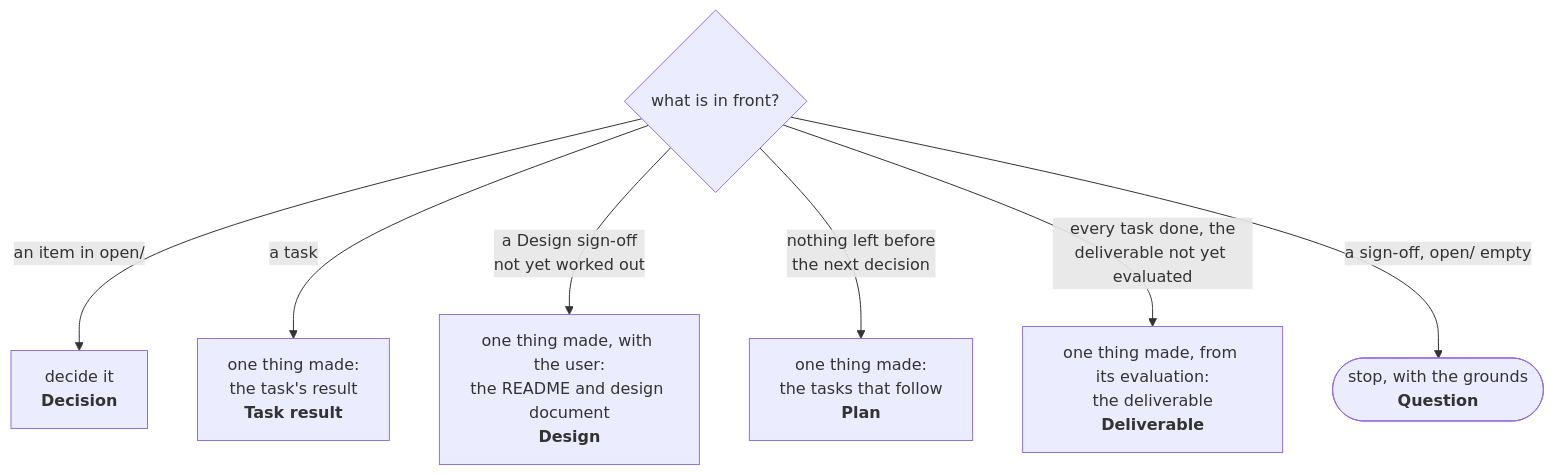
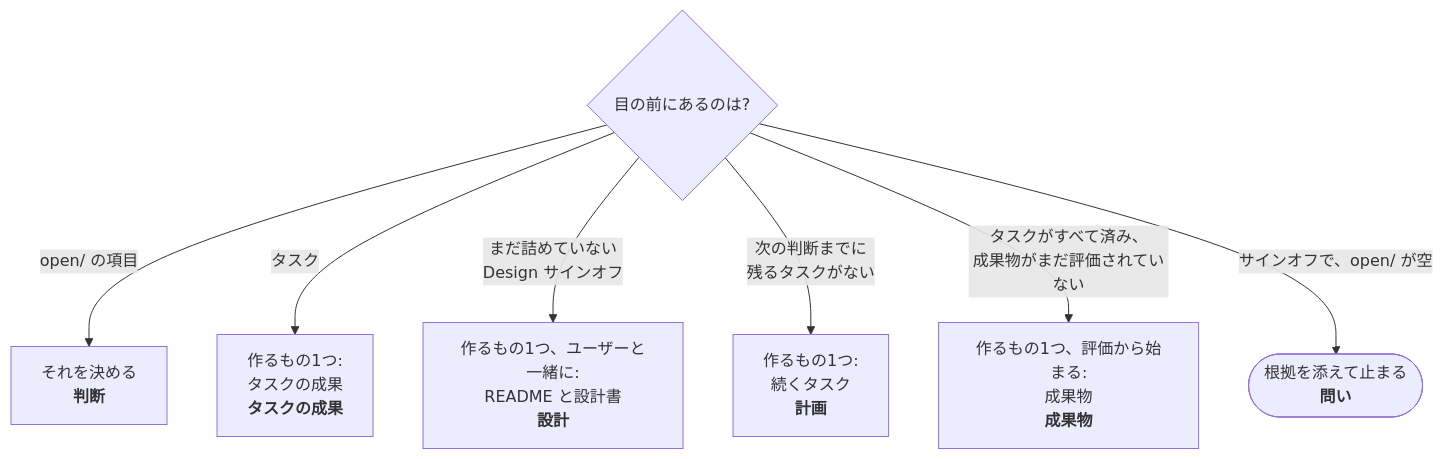
One commit to lovaizu/ccpm changed the second of 4 diagrams in rn/docs/design.md. Above: the diagram before and after it, drawn with Mermaid. The commit also changed other lines of this file, not shown here.

Commit message:
docs(rn): design.md in Japanese for the review, to be put back in English after it

````diff
--- a/rn/docs/design.md
+++ b/rn/docs/design.md
@@ -91,10 +75,10 @@
 ```mermaid
 flowchart TD
-    F{"what is in front?"}
-    F -->|"an item in open/"| D["decide it<br/><b>Decision</b>"]
-    F -->|"a task"| T["one thing made:<br/>the task's result<br/><b>Task result</b>"]
-    F -->|"a Design sign-off<br/>not yet worked out"| DT["one thing made, with the user:<br/>the README and design document<br/><b>Design</b>"]
-    F -->|"nothing left before<br/>the next decision"| P["one thing made:<br/>the tasks that follow<br/><b>Plan</b>"]
-    F -->|"every task done, the<br/>deliverable not yet evaluated"| FW["one thing made, from its evaluation:<br/>the deliverable<br/><b>Deliverable</b>"]
-    F -->|"a sign-off, open/ empty"| A(["stop, with the grounds<br/><b>Question</b>"])
+    F{"目の前にあるのは?"}
+    F -->|"open/ の項目"| D["それを決める<br/><b>判断</b>"]
+    F -->|"タスク"| T["作るもの1つ:<br/>タスクの成果<br/><b>タスクの成果</b>"]
+    F -->|"まだ詰めていない<br/>Design サインオフ"| DT["作るもの1つ、ユーザーと一緒に:<br/>README と設計書<br/><b>設計</b>"]
+    F -->|"次の判断までに<br/>残るタスクがない"| P["作るもの1つ:<br/>続くタスク<br/><b>計画</b>"]
+    F -->|"タスクがすべて済み、<br/>成果物がまだ評価されていない"| FW["作るもの1つ、評価から始まる:<br/>成果物<br/><b>成果物</b>"]
+    F -->|"サインオフで、open/ が空"| A(["根拠を添えて止まる<br/><b>問い</b>"])
 ```
````
